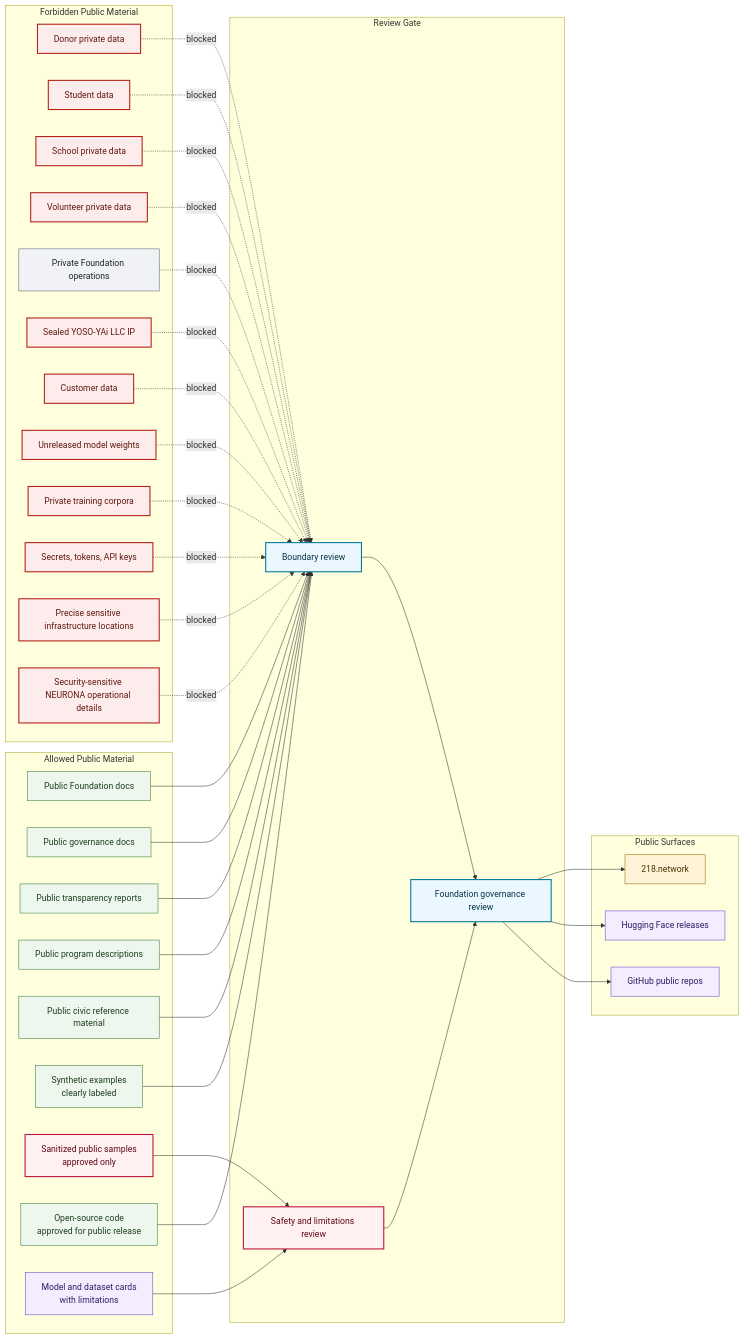
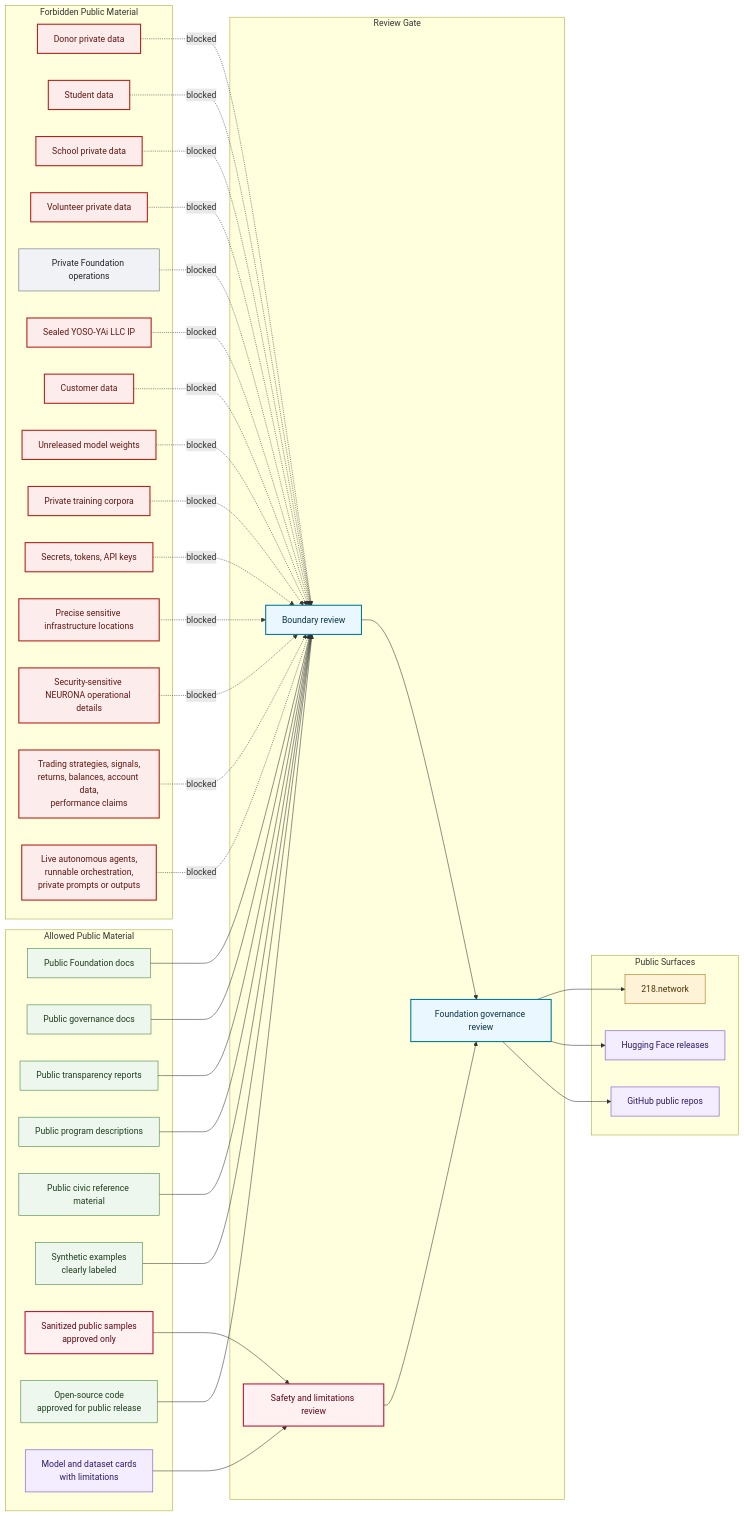
The second of 2 diagrams in VISUALS.md (K-ussade/K-ussade), drawn with Mermaid before and after one commit. The commit also changed other lines of this file and 2 other files, not shown here.

````diff
--- a/VISUALS.md
+++ b/VISUALS.md
@@ -67,77 +72,81 @@
 ```mermaid
 flowchart LR
   subgraph allowed["Allowed Public Material"]
     publicDocs["Public Foundation docs"]:::public
     governanceDocs["Public governance docs"]:::public
     reports["Public transparency reports"]:::public
     programs["Public program descriptions"]:::public
     civicRef["Public civic reference material"]:::public
     synthetic["Synthetic examples<br/>clearly labeled"]:::public
     sanitized["Sanitized public samples<br/>approved only"]:::risk
     approvedCode["Open-source code<br/>approved for public release"]:::public
     cards["Model and dataset cards<br/>with limitations"]:::release
   end
 
   subgraph forbidden["Forbidden Public Material"]
     donor["Donor private data"]:::sealed
     student["Student data"]:::sealed
     school["School private data"]:::sealed
     volunteer["Volunteer private data"]:::sealed
     ops["Private Foundation operations"]:::private
     companyIP["Sealed YOSO-YAi LLC IP"]:::sealed
     customer["Customer data"]:::sealed
     weights["Unreleased model weights"]:::sealed
     corpora["Private training corpora"]:::sealed
     secrets["Secrets, tokens, API keys"]:::sealed
     infra["Precise sensitive infrastructure locations"]:::sealed
     neurona["Security-sensitive NEURONA operational details"]:::sealed
+    trading["Trading strategies, signals,<br/>returns, balances, account data,<br/>performance claims"]:::sealed
+    autonomous["Live autonomous agents,<br/>runnable orchestration,<br/>private prompts or outputs"]:::sealed
   end
 
   subgraph gate["Review Gate"]
     boundary["Boundary review"]:::authority
     safety["Safety and limitations review"]:::risk
     governance["Foundation governance review"]:::authority
   end
 
   subgraph surfaces["Public Surfaces"]
     github["GitHub public repos"]:::release
     hf["Hugging Face releases"]:::release
     web["218.network"]:::foundation
   end
 
   publicDocs --> boundary
   governanceDocs --> boundary
   reports --> boundary
   programs --> boundary
   civicRef --> boundary
   synthetic --> boundary
   sanitized --> safety
   approvedCode --> boundary
   cards --> safety
   boundary --> governance
   safety --> governance
   governance --> github
   governance --> hf
   governance --> web
 
   donor -. blocked .-> boundary
   student -. blocked .-> boundary
   school -. blocked .-> boundary
   volunteer -. blocked .-> boundary
   ops -. blocked .-> boundary
   companyIP -. blocked .-> boundary
   customer -. blocked .-> boundary
   weights -. blocked .-> boundary
   corpora -. blocked .-> boundary
   secrets -. blocked .-> boundary
   infra -. blocked .-> boundary
   neurona -. blocked .-> boundary
+  trading -. blocked .-> boundary
+  autonomous -. blocked .-> boundary
 
   classDef foundation fill:#fff3d7,stroke:#9a6b00,color:#463100;
   classDef public fill:#edf7ed,stroke:#3a7d3a,color:#1f3d1f;
   classDef private fill:#f0f2f5,stroke:#5d6673,color:#20242a;
   classDef sealed fill:#fdecec,stroke:#b42318,stroke-width:2px,color:#5f1711;
   classDef release fill:#f4edff,stroke:#6941c6,color:#2f1b63;
   classDef authority fill:#eaf7ff,stroke:#027a9d,stroke-width:2px,color:#083344;
   classDef risk fill:#fff1f2,stroke:#be123c,stroke-width:2px,color:#5f0715;
 ```
````
